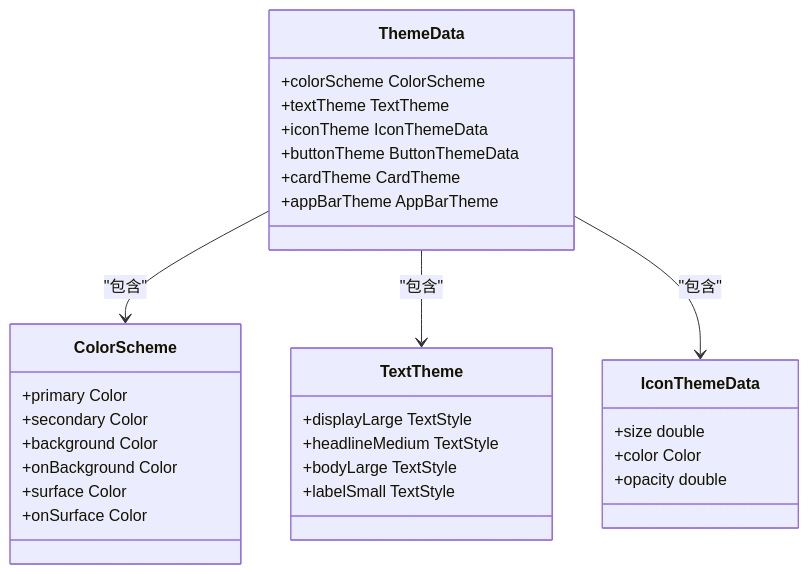
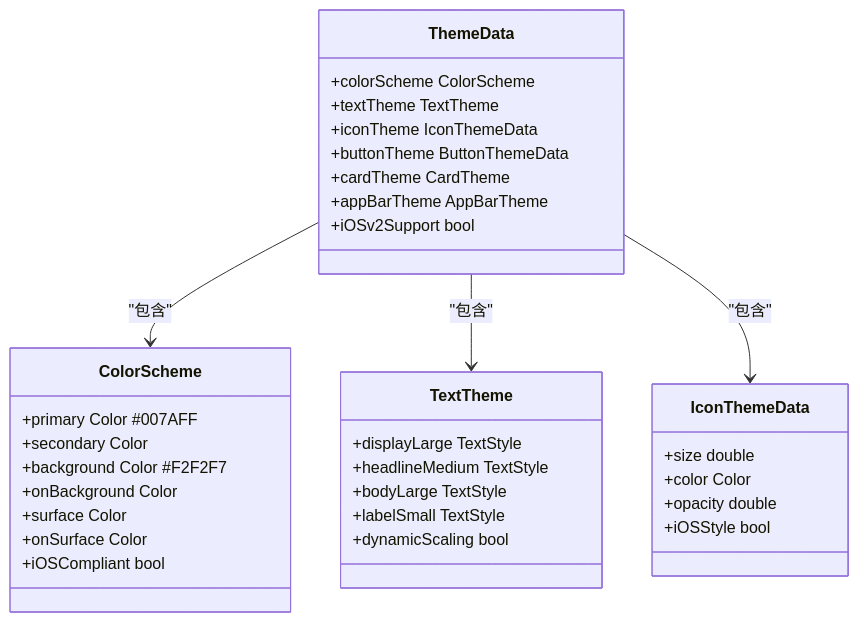
One commit to ZhangGHGitHub/LegadoTeamFlutter changed the fourth of 7 diagrams in .qoder/repowiki/zh/content/主题和样式/多平台样式适配/Flutter Material Components应用.md. Above: the diagram before and after it, drawn with Mermaid. The commit also changed other lines of this file and 173 other files, not shown here.

````diff
--- a/.qoder/repowiki/zh/content/主题和样式/多平台样式适配/Flutter Material Components应用.md
+++ b/.qoder/repowiki/zh/content/主题和样式/多平台样式适配/Flutter Material Components应用.md
@@ -115,33 +170,37 @@
 ```mermaid
 classDiagram
 class ThemeData {
 +colorScheme ColorScheme
 +textTheme TextTheme
 +iconTheme IconThemeData
 +buttonTheme ButtonThemeData
 +cardTheme CardTheme
 +appBarTheme AppBarTheme
++iOSv2Support bool
 }
 class ColorScheme {
-+primary Color
++primary Color #007AFF
 +secondary Color
-+background Color
++background Color #F2F2F7
 +onBackground Color
 +surface Color
 +onSurface Color
++iOSCompliant bool
 }
 class TextTheme {
 +displayLarge TextStyle
 +headlineMedium TextStyle
 +bodyLarge TextStyle
 +labelSmall TextStyle
++dynamicScaling bool
 }
 class IconThemeData {
 +size double
 +color Color
 +opacity double
++iOSStyle bool
 }
 ThemeData --> ColorScheme : "包含"
 ThemeData --> TextTheme : "包含"
 ThemeData --> IconThemeData : "包含"
 ```
````
